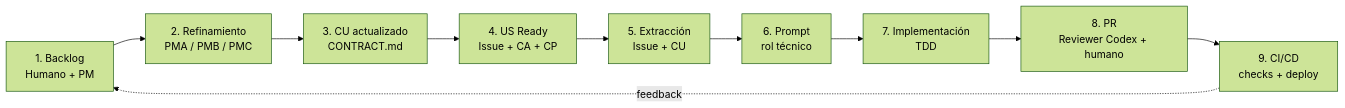
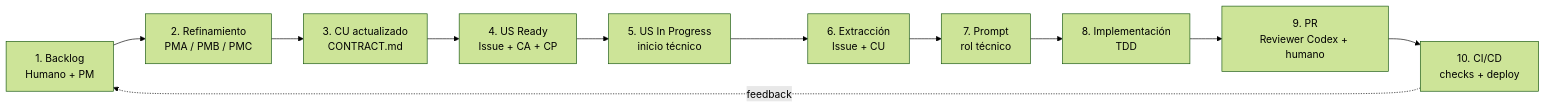
The diagram in docs-repo/procesos/sdlc-ai.md (L4CR/L4.Land4.Docs), drawn with Mermaid (forest theme) before and after one commit. The commit also changed other lines of this file and 24 other files, not shown here.

First line of the commit message:
Documentar GitHub Flow y centralizar skills LAND4 (#22)

````diff
--- a/docs-repo/procesos/sdlc-ai.md
+++ b/docs-repo/procesos/sdlc-ai.md
@@ -28,12 +28,13 @@
 ```mermaid
 flowchart LR
     Backlog["1. Backlog<br/>Humano + PM"] --> Refine["2. Refinamiento<br/>PMA / PMB / PMC"]
     Refine --> Contract["3. CU actualizado<br/>CONTRACT.md"]
     Contract --> Ready["4. US Ready<br/>Issue + CA + CP"]
-    Ready --> Extract["5. Extracción<br/>Issue + CU"]
-    Extract --> Prompt["6. Prompt<br/>rol técnico"]
-    Prompt --> Implement["7. Implementación<br/>TDD"]
-    Implement --> Review["8. PR<br/>Reviewer Codex + humano"]
-    Review --> Delivery["9. CI/CD<br/>checks + deploy"]
+    Ready --> InProgress["5. US In Progress<br/>inicio técnico"]
+    InProgress --> Extract["6. Extracción<br/>Issue + CU"]
+    Extract --> Prompt["7. Prompt<br/>rol técnico"]
+    Prompt --> Implement["8. Implementación<br/>TDD"]
+    Implement --> Review["9. PR<br/>Reviewer Codex + humano"]
+    Review --> Delivery["10. CI/CD<br/>checks + deploy"]
     Delivery -. feedback .-> Backlog
 ```
````
